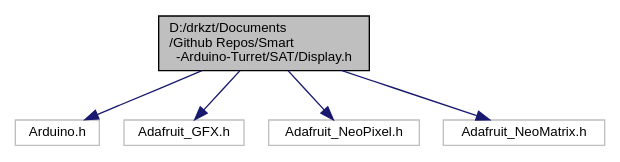
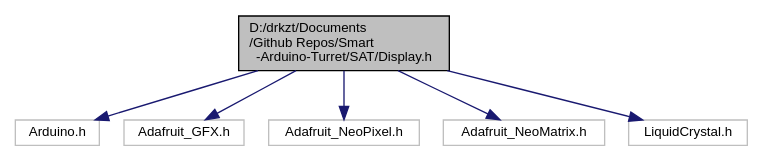
One commit to StanleyAlbayeros/Smart-Arduino-Turret changed the diagram in UML/rtf/_display_8h__incl.dot. Above: the diagram before and after it, drawn with Graphviz. The commit also changed 53 other files, not shown here.

```diff
--- a/UML/rtf/_display_8h__incl.dot
+++ b/UML/rtf/_display_8h__incl.dot
@@ -1,14 +1,16 @@
 digraph "D:/drkzt/Documents/Github Repos/Smart-Arduino-Turret/SAT/Display.h"
 {
   edge [fontname="Helvetica",fontsize="10",labelfontname="Helvetica",labelfontsize="10"];
   node [fontname="Helvetica",fontsize="10",shape=record];
   Node0 [label="D:/drkzt/Documents\l/Github Repos/Smart\l-Arduino-Turret/SAT/Display.h",height=0.2,width=0.4,color="black", fillcolor="grey75", style="filled", fontcolor="black"];
   Node0 -> Node1 [color="midnightblue",fontsize="10",style="solid",fontname="Helvetica"];
   Node1 [label="Arduino.h",height=0.2,width=0.4,color="grey75", fillcolor="white", style="filled"];
   Node0 -> Node2 [color="midnightblue",fontsize="10",style="solid",fontname="Helvetica"];
   Node2 [label="Adafruit_GFX.h",height=0.2,width=0.4,color="grey75", fillcolor="white", style="filled"];
   Node0 -> Node3 [color="midnightblue",fontsize="10",style="solid",fontname="Helvetica"];
   Node3 [label="Adafruit_NeoPixel.h",height=0.2,width=0.4,color="grey75", fillcolor="white", style="filled"];
   Node0 -> Node4 [color="midnightblue",fontsize="10",style="solid",fontname="Helvetica"];
   Node4 [label="Adafruit_NeoMatrix.h",height=0.2,width=0.4,color="grey75", fillcolor="white", style="filled"];
+  Node0 -> Node5 [color="midnightblue",fontsize="10",style="solid",fontname="Helvetica"];
+  Node5 [label="LiquidCrystal.h",height=0.2,width=0.4,color="grey75", fillcolor="white", style="filled"];
 }
```
